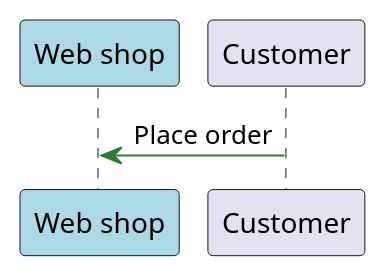
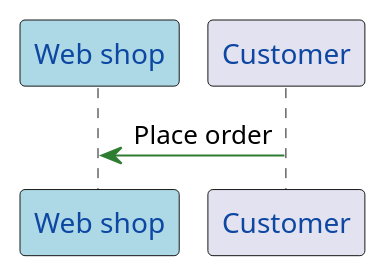
Diagram 19 of 29 in sample.md (kkdev92/plantuml-local), drawn with PlantUML before and after one commit. The commit also changed other lines of this file and 4 other files, not shown here.

````diff
--- a/sample.md
+++ b/sample.md
@@ -326,7 +328,14 @@
 ```plantuml
 @startuml
+<style>
+sequenceDiagram {
+  participant {
+    FontColor: #0D47A1;
+  }
+}
+</style>
 skinparam sequenceArrowColor #2E7D32
 participant "Web shop" as Shop #LightBlue
 Customer -> Shop : Place order
 @enduml
 ```
````
